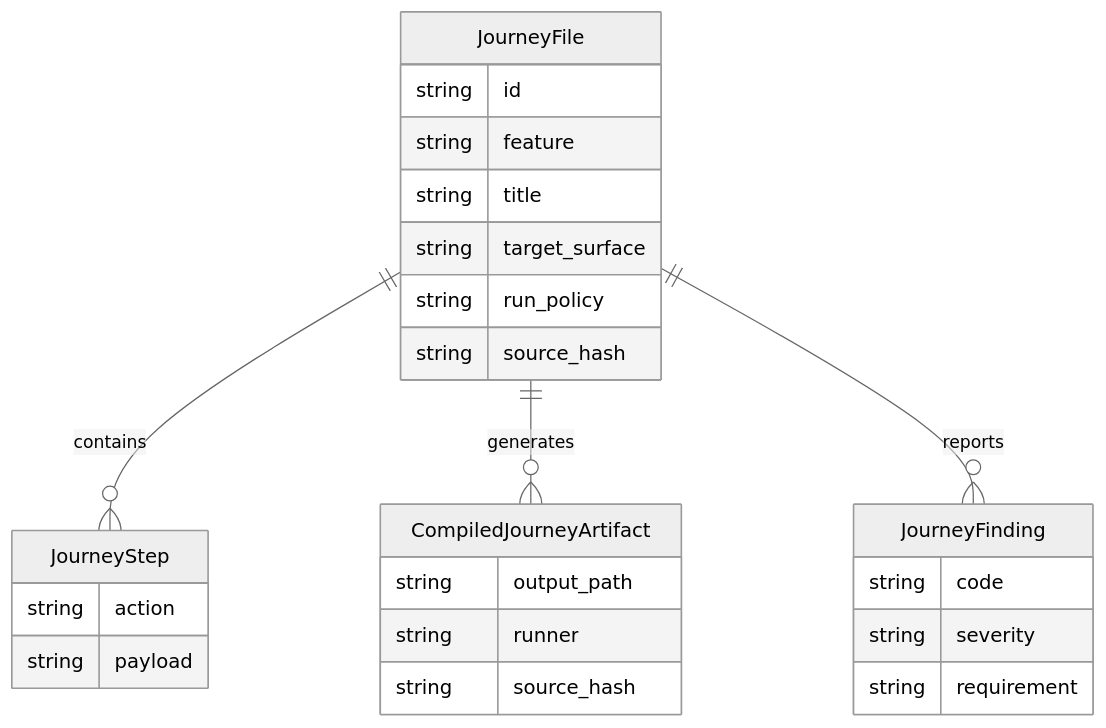
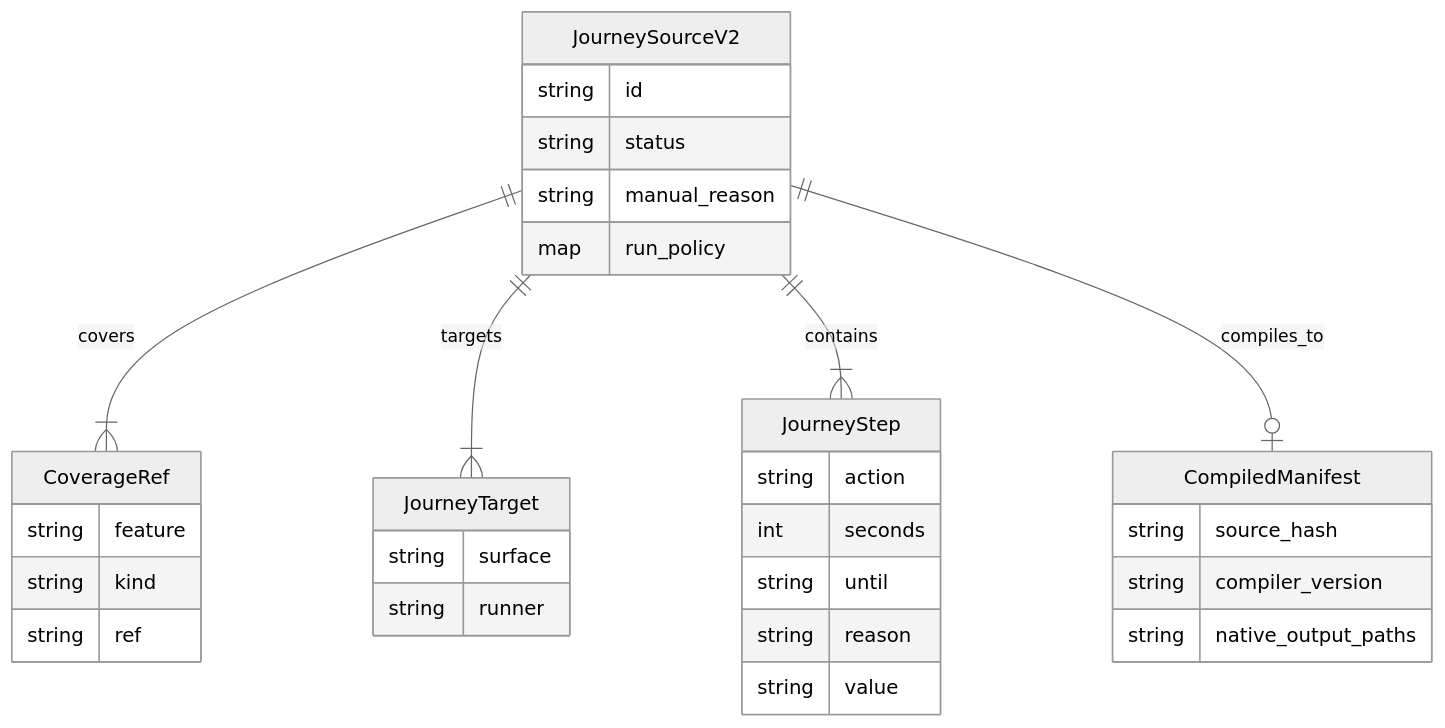
The third of 3 diagrams in .specs/features/056-executable-user-journeys/plan.md (julien-m/livespec), drawn with Mermaid (neutral theme) before and after one commit. The commit also changed other lines of this file and 22 other files, not shown here.

````diff
--- a/.specs/features/056-executable-user-journeys/plan.md
+++ b/.specs/features/056-executable-user-journeys/plan.md
@@ -95,28 +120,34 @@
 ```mermaid
 erDiagram
-    JourneyFile ||--o{ JourneyStep : contains
-    JourneyFile ||--o{ CompiledJourneyArtifact : generates
-    JourneyFile ||--o{ JourneyFinding : reports
-    JourneyFile {
+    JourneySourceV2 ||--|{ CoverageRef : covers
+    JourneySourceV2 ||--|{ JourneyTarget : targets
+    JourneySourceV2 ||--|{ JourneyStep : contains
+    JourneySourceV2 ||--o| CompiledManifest : compiles_to
+    JourneySourceV2 {
         string id
+        string status
+        string manual_reason
+        map run_policy
+    }
+    CoverageRef {
         string feature
-        string title
-        string target_surface
-        string run_policy
-        string source_hash
+        string kind
+        string ref
+    }
+    JourneyTarget {
+        string surface
+        string runner
     }
     JourneyStep {
         string action
-        string payload
+        int seconds
+        string until
+        string reason
+        string value
     }
-    CompiledJourneyArtifact {
-        string output_path
-        string runner
+    CompiledManifest {
         string source_hash
-    }
-    JourneyFinding {
-        string code
-        string severity
-        string requirement
+        string compiler_version
+        string native_output_paths
     }
 ```
````
